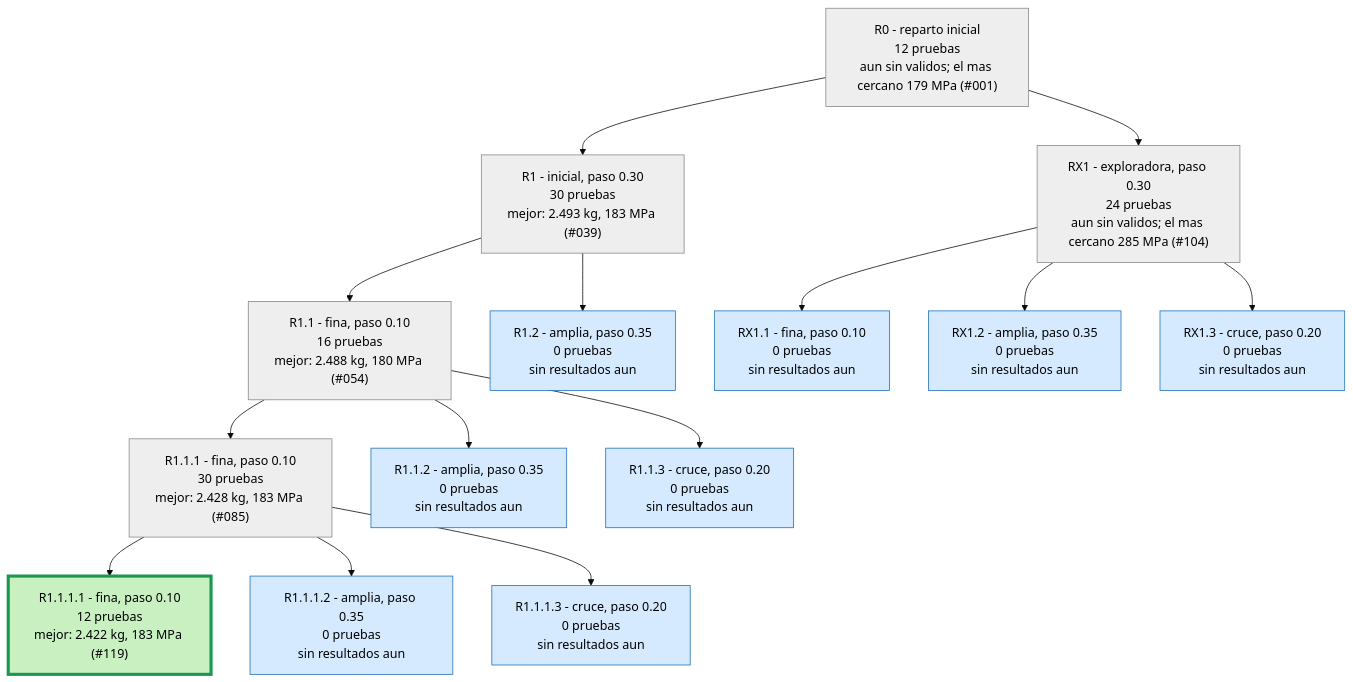
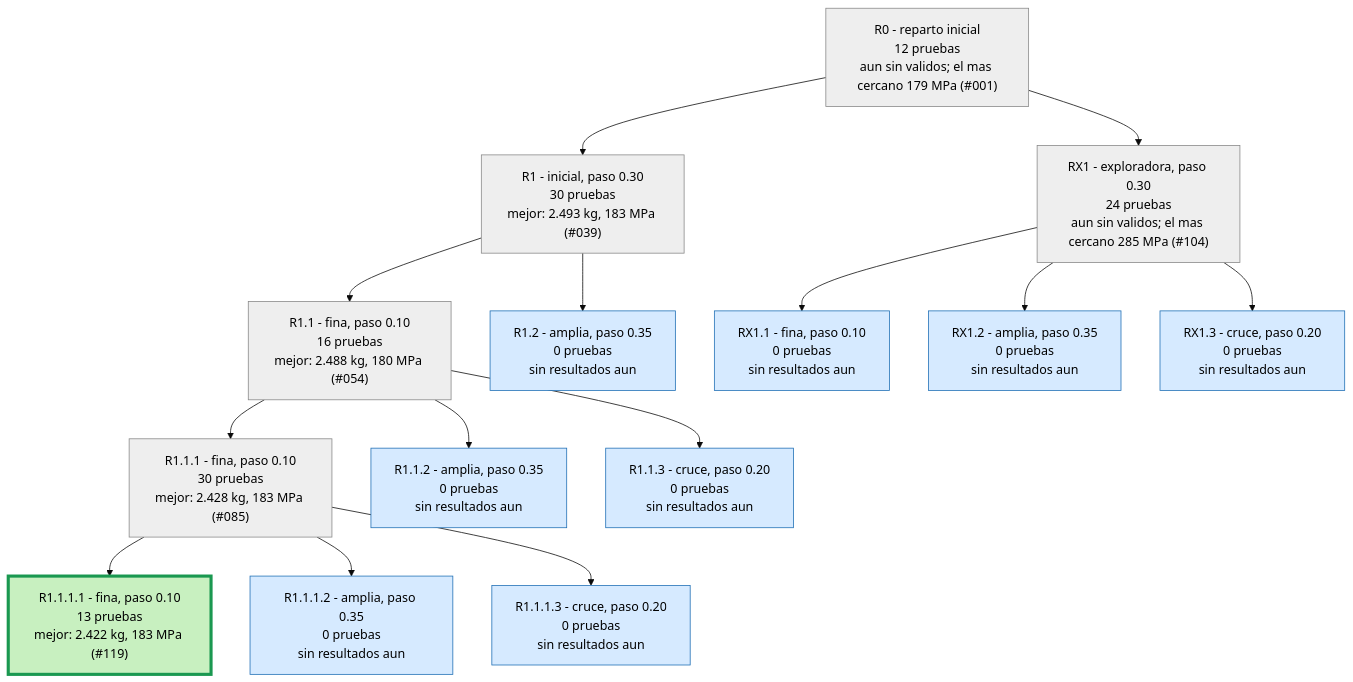
Before and after one commit to Hugiko/msd-soporte-optimizacion: the second of 3 diagrams in runs/opt_37800N/ARBOL.md, drawn with Mermaid (base theme). The commit also changed 22 other files, not shown here.

````diff
--- a/runs/opt_37800N/ARBOL.md
+++ b/runs/opt_37800N/ARBOL.md
@@ -29,33 +29,33 @@
 ```mermaid
 graph TD
 classDef activa fill:#d6eaff,stroke:#1f6fb5,color:#000
 classDef fin fill:#eeeeee,stroke:#888,color:#000
 classDef mejor fill:#c8f0c0,stroke:#1a9850,stroke-width:4px,color:#000
 R0["R0 - reparto inicial<br/>12 pruebas<br/>aun sin validos; el mas cercano 179 MPa (#001)"]:::fin
 R1["R1 - inicial, paso 0.30<br/>30 pruebas<br/>mejor: 2.493 kg, 183 MPa (#039)"]:::fin
 R0 --> R1
 R1_1["R1.1 - fina, paso 0.10<br/>16 pruebas<br/>mejor: 2.488 kg, 180 MPa (#054)"]:::fin
 R1 --> R1_1
 R1_2["R1.2 - amplia, paso 0.35<br/>0 pruebas<br/>sin resultados aun"]:::activa
 R1 --> R1_2
 R1_1_1["R1.1.1 - fina, paso 0.10<br/>30 pruebas<br/>mejor: 2.428 kg, 183 MPa (#085)"]:::fin
 R1_1 --> R1_1_1
 R1_1_2["R1.1.2 - amplia, paso 0.35<br/>0 pruebas<br/>sin resultados aun"]:::activa
 R1_1 --> R1_1_2
 R1_1_3["R1.1.3 - cruce, paso 0.20<br/>0 pruebas<br/>sin resultados aun"]:::activa
 R1_1 --> R1_1_3
-R1_1_1_1["R1.1.1.1 - fina, paso 0.10<br/>12 pruebas<br/>mejor: 2.422 kg, 183 MPa (#119)"]:::mejor
+R1_1_1_1["R1.1.1.1 - fina, paso 0.10<br/>13 pruebas<br/>mejor: 2.422 kg, 183 MPa (#119)"]:::mejor
 R1_1_1 --> R1_1_1_1
 R1_1_1_2["R1.1.1.2 - amplia, paso 0.35<br/>0 pruebas<br/>sin resultados aun"]:::activa
 R1_1_1 --> R1_1_1_2
 R1_1_1_3["R1.1.1.3 - cruce, paso 0.20<br/>0 pruebas<br/>sin resultados aun"]:::activa
 R1_1_1 --> R1_1_1_3
 RX1["RX1 - exploradora, paso 0.30<br/>24 pruebas<br/>aun sin validos; el mas cercano 285 MPa (#104)"]:::fin
 R0 --> RX1
 RX1_1["RX1.1 - fina, paso 0.10<br/>0 pruebas<br/>sin resultados aun"]:::activa
 RX1 --> RX1_1
 RX1_2["RX1.2 - amplia, paso 0.35<br/>0 pruebas<br/>sin resultados aun"]:::activa
 RX1 --> RX1_2
 RX1_3["RX1.3 - cruce, paso 0.20<br/>0 pruebas<br/>sin resultados aun"]:::activa
 RX1 --> RX1_3
 ```
````
